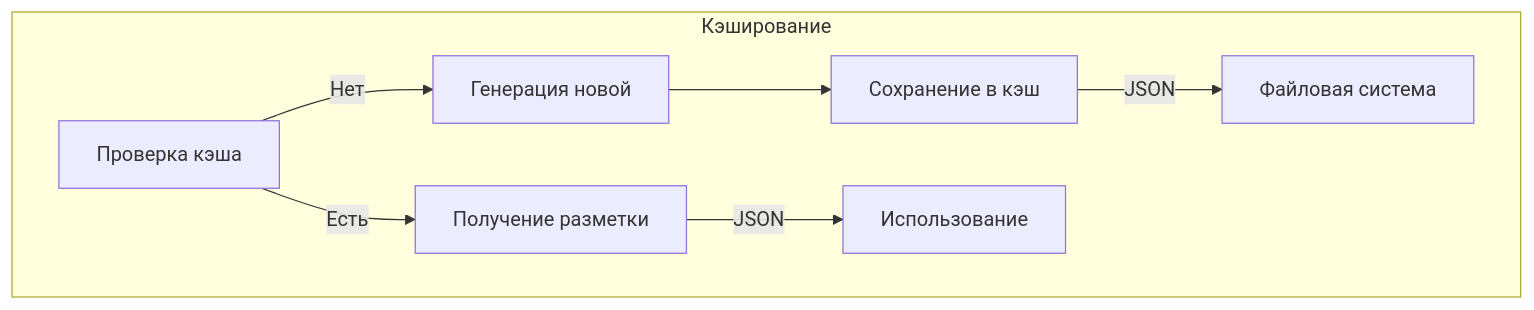
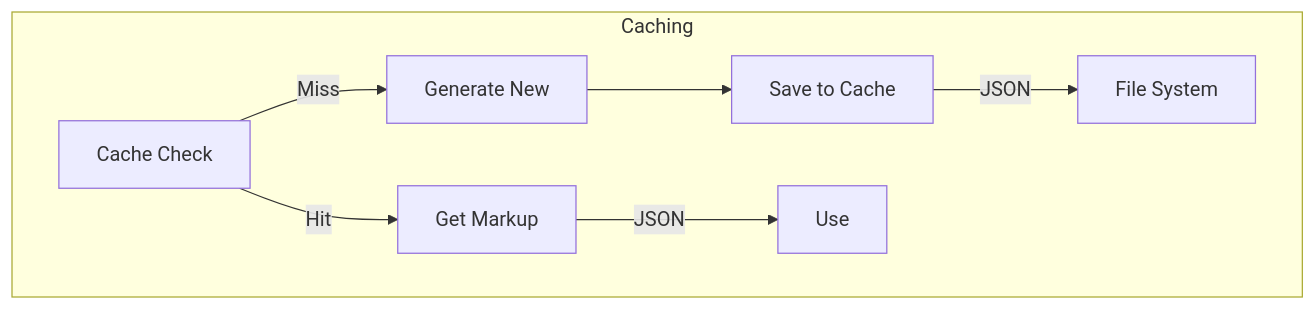
The sixth of 7 diagrams in docs-task/document_processor_v2/ARCHITECTURE.md (olegische/roro-tasks), drawn with Mermaid before and after one commit. The commit also changed other lines of this file, not shown here.

````diff
--- a/docs-task/document_processor_v2/ARCHITECTURE.md
+++ b/docs-task/document_processor_v2/ARCHITECTURE.md
@@ -160,11 +160,11 @@
 ```mermaid
 graph TD
-    subgraph "Кэширование"
-        Check[Проверка кэша] -->|"Есть"| Get[Получение разметки]
-        Check -->|"Нет"| Gen[Генерация новой]
-        Gen --> Save[Сохранение в кэш]
+    subgraph "Caching"
+        Check[Cache Check] -->|"Hit"| Get[Get Markup]
+        Check -->|"Miss"| Gen[Generate New]
+        Gen --> Save[Save to Cache]
         
-        Save -->|"JSON"| FS[Файловая система]
-        Get -->|"JSON"| Use[Использование]
+        Save -->|"JSON"| FS[File System]
+        Get -->|"JSON"| Use[Use]
     end
 ```
````
